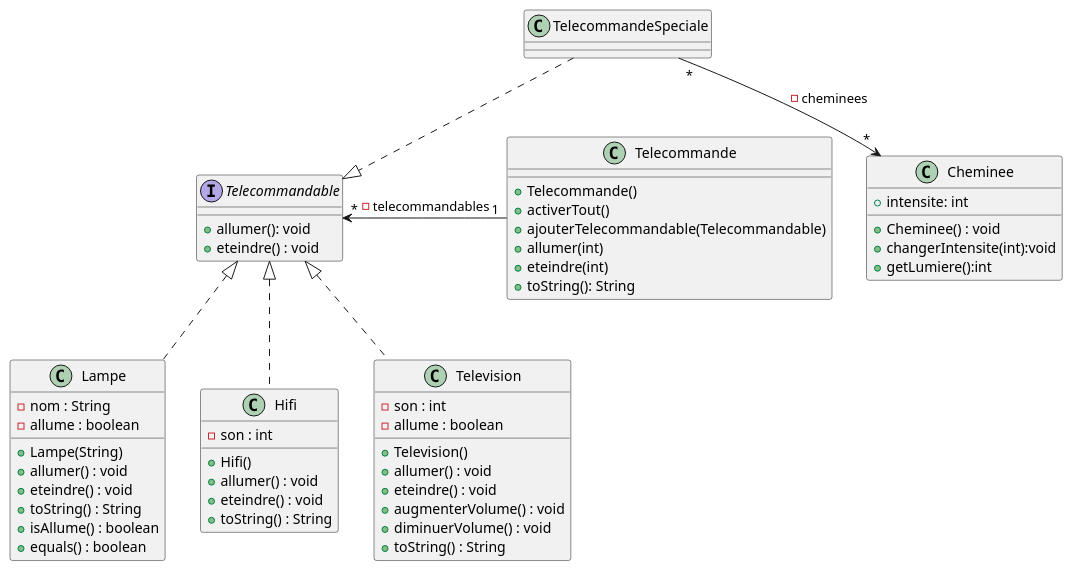
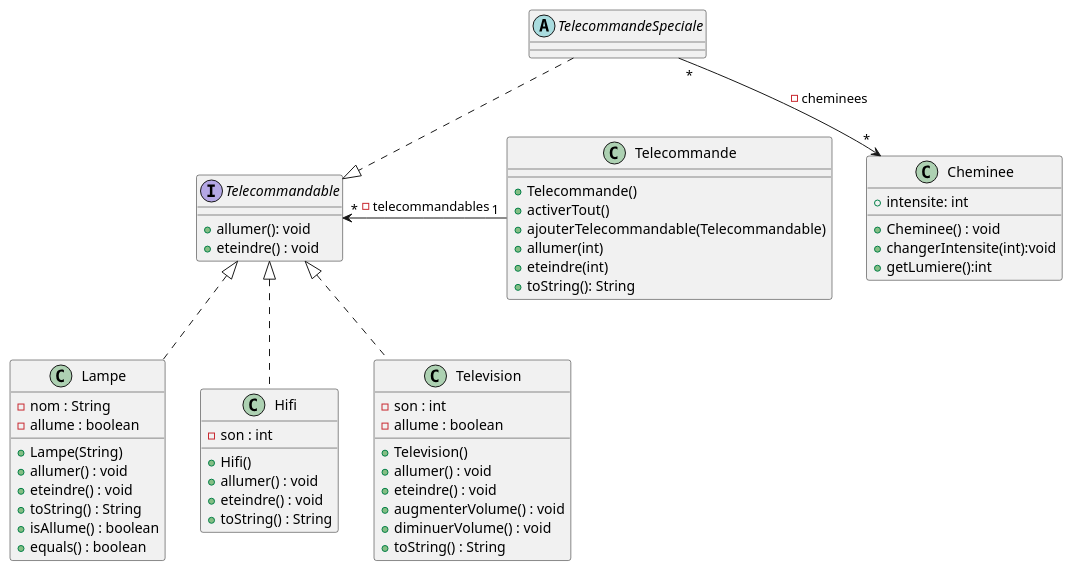
Before and after one commit to alannMonnier/2023_domotique_monnierb2u_segard6u: the diagram in domotique/TD8.puml, drawn with PlantUML. The commit also changed 2 other files, not shown here.

```diff
--- a/domotique/TD8.puml
+++ b/domotique/TD8.puml
@@ -1,67 +1,67 @@
 @startuml
 'https://plantuml.com/sequence-diagram
 
 class Lampe{
 -nom : String
 -allume : boolean
 +Lampe(String)
 +allumer() : void
 +eteindre() : void
 +toString() : String
 +isAllume() : boolean
 +equals() : boolean
 }
 
 class Telecommande{
 + Telecommande()
 + activerTout()
 + ajouterTelecommandable(Telecommandable)
 + allumer(int)
 + eteindre(int)
 + toString(): String
 }
 
 class Hifi{
 -son : int
 +Hifi()
 +allumer() : void
 +eteindre() : void
 +toString() : String
 }
 
 class Television{
 -son : int
 -allume : boolean
 +Television()
 +allumer() : void
 +eteindre() : void
 +augmenterVolume() : void
 +diminuerVolume() : void
 +toString() : String
 }
 
 Interface Telecommandable{
  + allumer(): void
  + eteindre() : void
 }
 
 
 class Cheminee{
     + intensite: int
     +Cheminee() : void
     + changerIntensite(int):void
     + getLumiere():int
 }
 
-class TelecommandeSpeciale{
+Abstract class TelecommandeSpeciale{
 
 }
 
 '''relations
 Telecommande "1" -> "*"Telecommandable: -telecommandables
 Hifi  .up.|> Telecommandable
 Television .up.|> Telecommandable
 Lampe .up.|> Telecommandable
 TelecommandeSpeciale ..|> Telecommandable
 TelecommandeSpeciale "*" --> "*" Cheminee : -cheminees
 @endum
```
